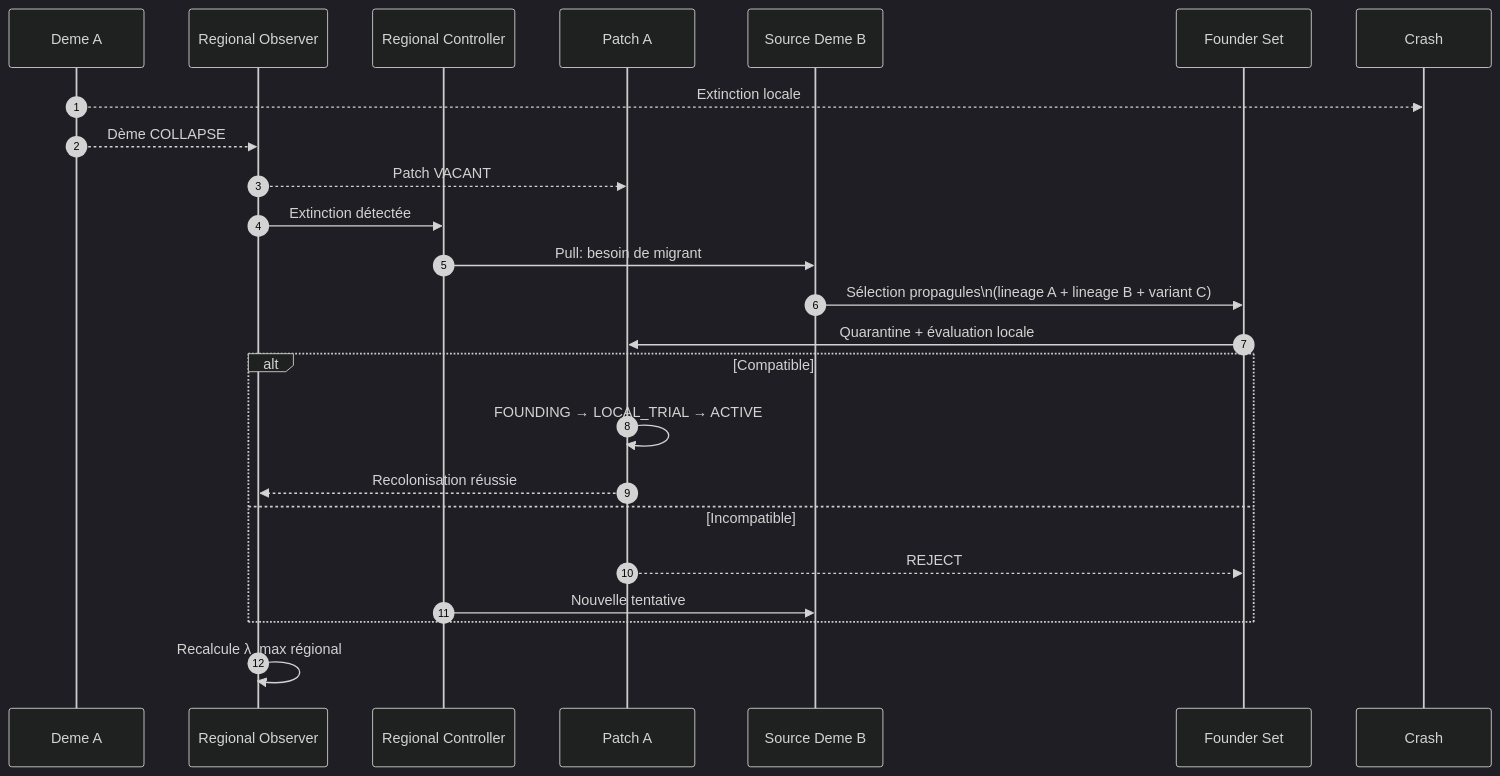
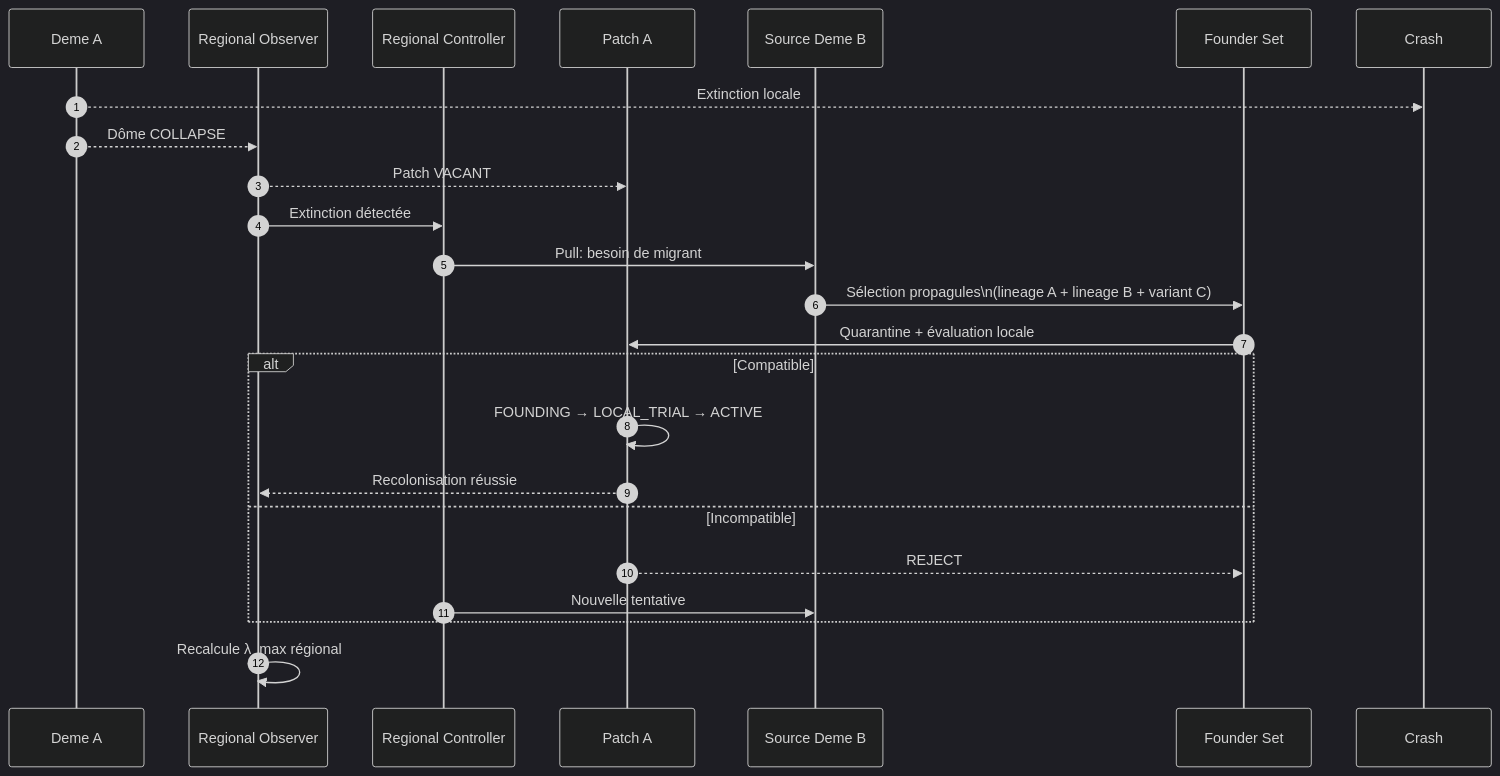
The second of 4 diagrams in docs/02-orchestration/topologies/metapopulation.md (PISSARAW/GenOS), drawn with Mermaid (dark theme) before and after one commit. The commit also changed other lines of this file and 4 other files, not shown here.

````diff
--- a/docs/02-orchestration/topologies/metapopulation.md
+++ b/docs/02-orchestration/topologies/metapopulation.md
@@ -1003,29 +1401,29 @@
 ```mermaid
 sequenceDiagram
     autonumber
     participant Deme as Deme A
     participant Observer as Regional Observer
     participant Controller as Regional Controller
     participant Patch as Patch A
     participant Source as Source Deme B
     participant Founder as Founder Set
 
     Deme-->>Crash: Extinction locale
-    Deme-->>Observer: Dème COLLAPSE
+    Deme-->>Observer: Dôme COLLAPSE
     Observer-->>Patch: Patch VACANT
     Observer->>Controller: Extinction détectée
 
     Controller->>Source: Pull: besoin de migrant
     Source->>Founder: Sélection propagules\n(lineage A + lineage B + variant C)
     Founder->>Patch: Quarantine + évaluation locale
 
     alt Compatible
         Patch->>Patch: FOUNDING → LOCAL_TRIAL → ACTIVE
         Patch-->>Observer: Recolonisation réussie
     else Incompatible
         Patch-->>Founder: REJECT
         Controller->>Source: Nouvelle tentative
     end
 
     Observer->>Observer: Recalcule λ_max régional
 ```
````
